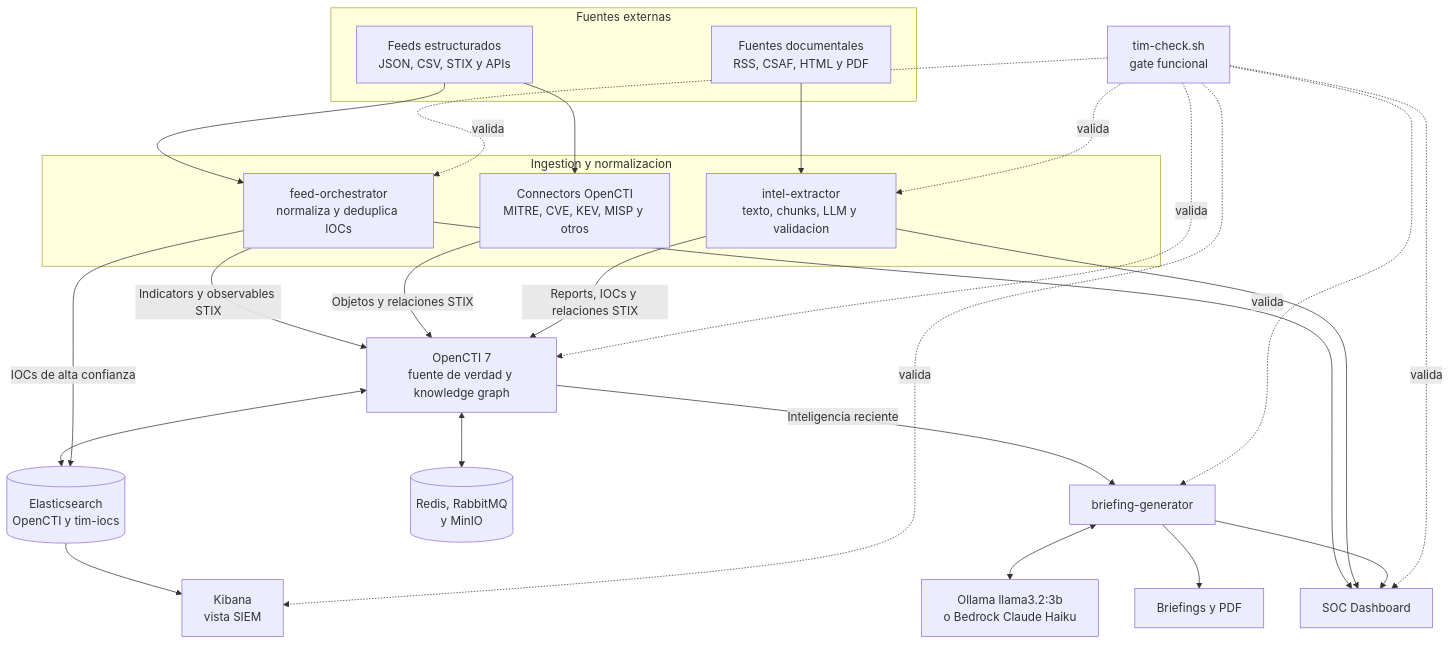
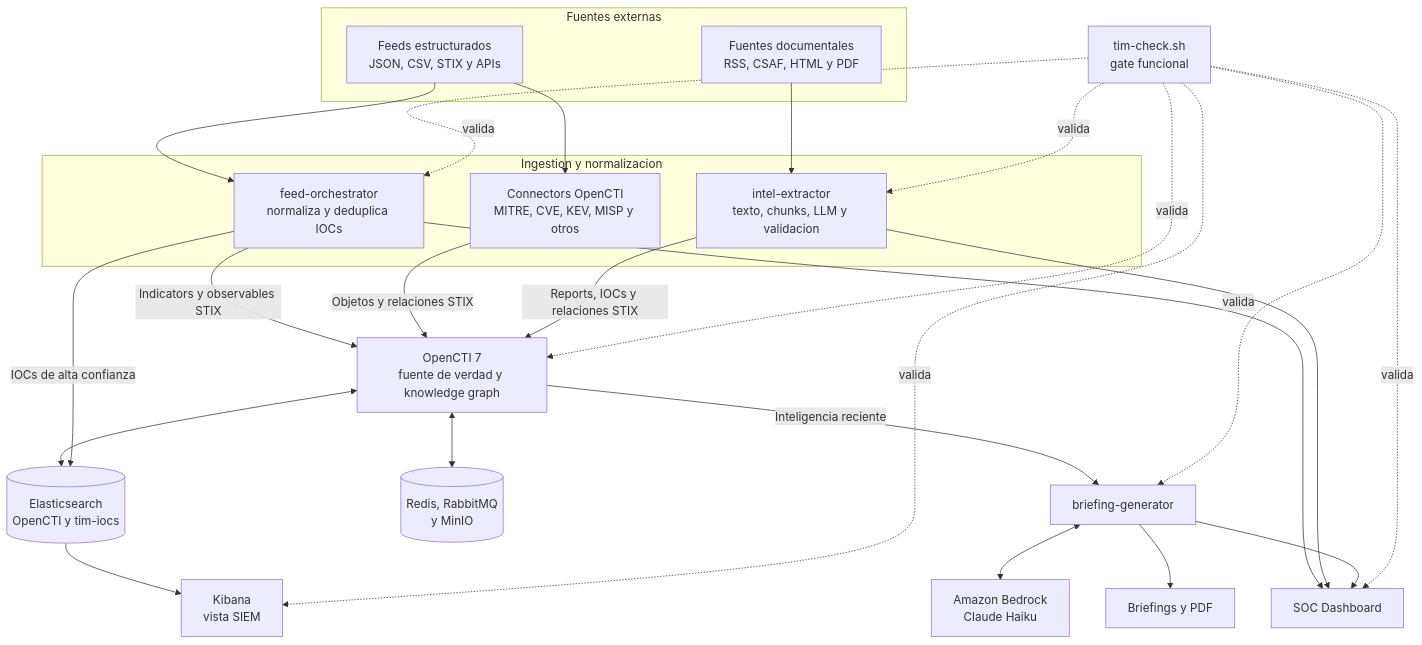
One commit to ollerenac/tim-platform changed the diagram in docs/ONBOARDING.md. Above: the diagram before and after it, drawn with Mermaid. The commit also changed other lines of this file and 2 other files, not shown here.

First line of the commit message:
docs: TIM deploys to AWS only, with Bedrock as the single provider

````diff
--- a/docs/ONBOARDING.md
+++ b/docs/ONBOARDING.md
@@ -26,45 +26,45 @@
 ```mermaid
 flowchart TB
     subgraph SOURCES[Fuentes externas]
         STRUCTURED[Feeds estructurados<br/>JSON, CSV, STIX y APIs]
         DOCUMENTS[Fuentes documentales<br/>RSS, CSAF, HTML y PDF]
     end
 
     subgraph INGESTION[Ingestion y normalizacion]
         ORCHESTRATOR[feed-orchestrator<br/>normaliza y deduplica IOCs]
         CONNECTORS[Connectors OpenCTI<br/>MITRE, CVE, KEV, MISP y otros]
         EXTRACTOR[intel-extractor<br/>texto, chunks, LLM y validacion]
     end
 
     STRUCTURED --> ORCHESTRATOR
     STRUCTURED --> CONNECTORS
     DOCUMENTS --> EXTRACTOR
 
     ORCHESTRATOR -->|Indicators y observables STIX| OPENCTI
     CONNECTORS -->|Objetos y relaciones STIX| OPENCTI
     EXTRACTOR -->|Reports, IOCs y relaciones STIX| OPENCTI
 
     OPENCTI[OpenCTI 7<br/>fuente de verdad y knowledge graph]
     ELASTIC[(Elasticsearch<br/>OpenCTI y tim-iocs)]
     CORE[(Redis, RabbitMQ<br/>y MinIO)]
     OPENCTI <--> ELASTIC
     OPENCTI <--> CORE
     ORCHESTRATOR -->|IOCs de alta confianza| ELASTIC
 
     OPENCTI -->|Inteligencia reciente| BRIEFING[briefing-generator]
-    BRIEFING <--> LLM[Ollama llama3.2:3b<br/>o Bedrock Claude Haiku]
+    BRIEFING <--> LLM[Amazon Bedrock<br/>Claude Haiku]
     BRIEFING --> OUTPUT[Briefings y PDF]
 
     ORCHESTRATOR --> DASHBOARD[SOC Dashboard]
     EXTRACTOR --> DASHBOARD
     BRIEFING --> DASHBOARD
     ELASTIC --> KIBANA[Kibana<br/>vista SIEM]
 
     TIMCHECK[tim-check.sh<br/>gate funcional]
     TIMCHECK -. valida .-> OPENCTI
     TIMCHECK -. valida .-> ORCHESTRATOR
     TIMCHECK -. valida .-> EXTRACTOR
     TIMCHECK -. valida .-> BRIEFING
     TIMCHECK -. valida .-> DASHBOARD
     TIMCHECK -. valida .-> KIBANA
 ```
````
